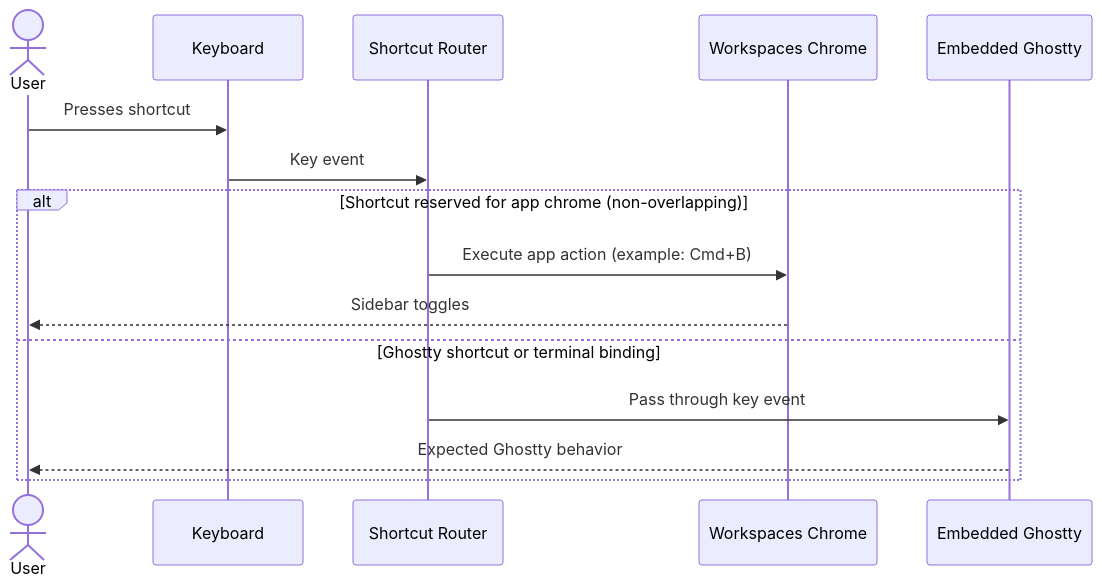
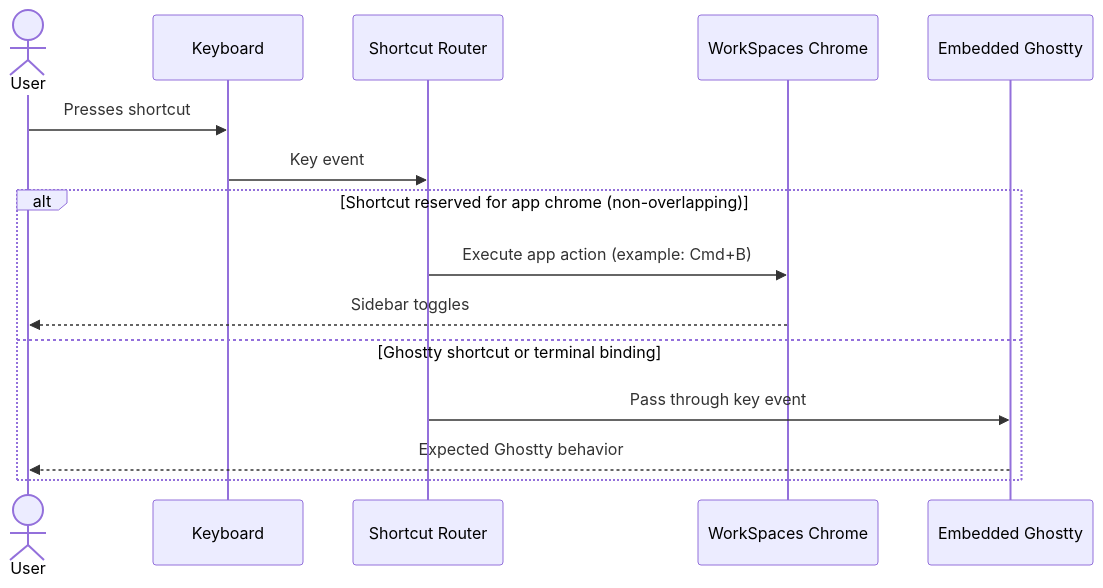
One commit to fairchild/workspaces changed the seventh of 7 diagrams in docs/user-stories.md. Above: the diagram before and after it, drawn with Mermaid. The commit also changed other lines of this file and 32 other files, not shown here.

Commit message:
Rename displayed app brand to WorkSpaces

````diff
--- a/docs/user-stories.md
+++ b/docs/user-stories.md
@@ -382,18 +382,18 @@
 ```mermaid
 sequenceDiagram
     actor User
     participant Keyboard
     participant Router as Shortcut Router
-    participant AppChrome as Workspaces Chrome
+    participant AppChrome as WorkSpaces Chrome
     participant Ghostty as Embedded Ghostty
 
     User->>Keyboard: Presses shortcut
     Keyboard->>Router: Key event
     alt Shortcut reserved for app chrome (non-overlapping)
         Router->>AppChrome: Execute app action (example: Cmd+B)
         AppChrome-->>User: Sidebar toggles
     else Ghostty shortcut or terminal binding
         Router->>Ghostty: Pass through key event
         Ghostty-->>User: Expected Ghostty behavior
     end
 ```
````
